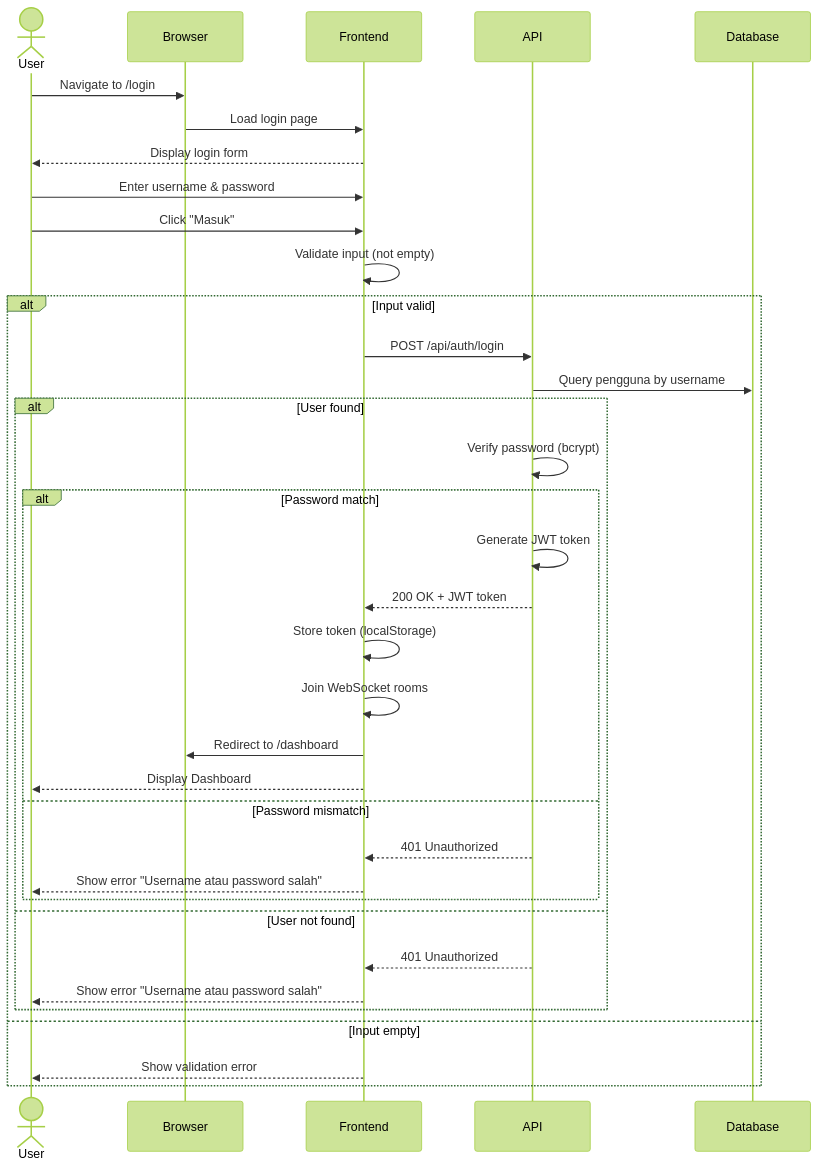
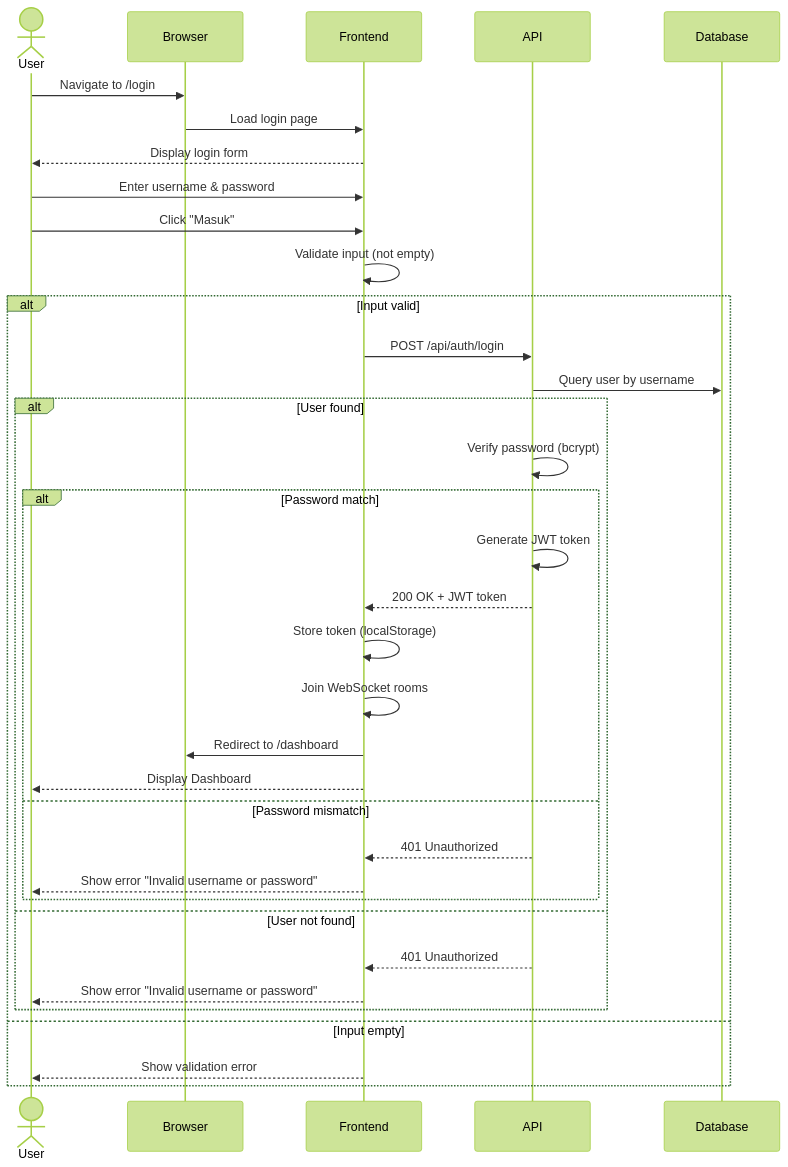
Before and after one commit to ATzFauzan1525/Nexus: the diagram in docs/system_logics/sys_uc_001.md, drawn with Mermaid (forest theme). The commit also changed other lines of this file and 2 other files, not shown here.

````diff
--- a/docs/system_logics/sys_uc_001.md
+++ b/docs/system_logics/sys_uc_001.md
@@ -42,42 +42,42 @@
 ```mermaid
 sequenceDiagram
     actor User
     participant Browser
     participant Frontend
     participant API
     participant Database
 
     User->>Browser: Navigate to /login
     Browser->>Frontend: Load login page
     Frontend-->>User: Display login form
 
     User->>Frontend: Enter username & password
     User->>Frontend: Click "Masuk"
 
     Frontend->>Frontend: Validate input (not empty)
 
     alt Input valid
         Frontend->>API: POST /api/auth/login
-        API->>Database: Query pengguna by username
+        API->>Database: Query user by username
 
         alt User found
             API->>API: Verify password (bcrypt)
             alt Password match
                 API->>API: Generate JWT token
                 API-->>Frontend: 200 OK + JWT token
                 Frontend->>Frontend: Store token (localStorage)
                 Frontend->>Frontend: Join WebSocket rooms
                 Frontend->>Browser: Redirect to /dashboard
                 Frontend-->>User: Display Dashboard
             else Password mismatch
                 API-->>Frontend: 401 Unauthorized
-                Frontend-->>User: Show error "Username atau password salah"
+                Frontend-->>User: Show error "Invalid username or password"
             end
         else User not found
             API-->>Frontend: 401 Unauthorized
-            Frontend-->>User: Show error "Username atau password salah"
+            Frontend-->>User: Show error "Invalid username or password"
         end
     else Input empty
         Frontend-->>User: Show validation error
     end
 ```
````
